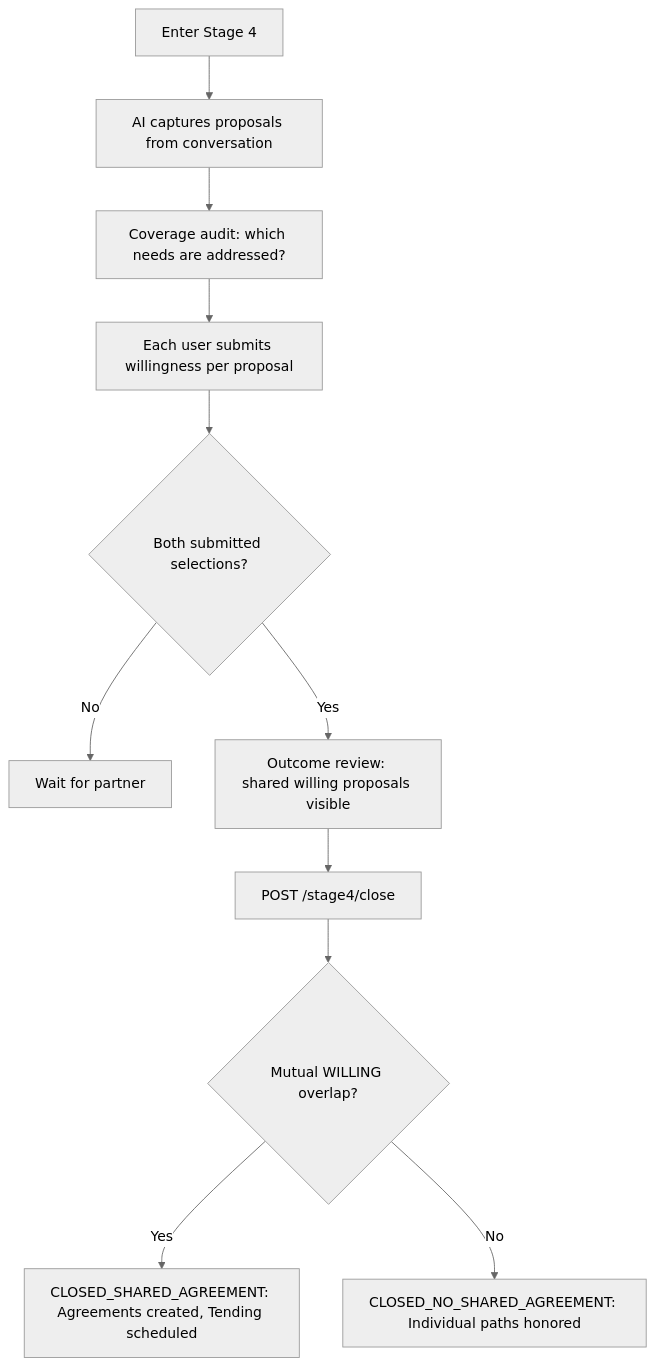
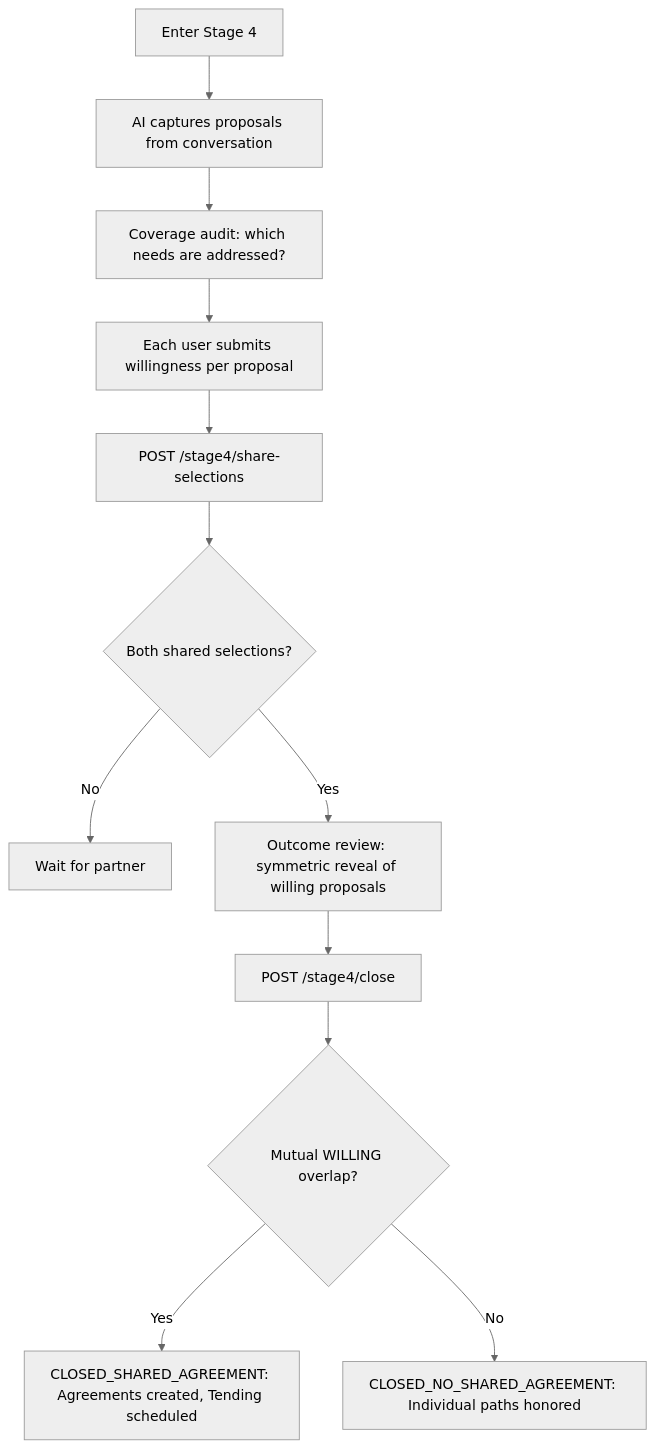
Before and after one commit to shantamg/meet-without-fear: the first of 2 diagrams in docs/backend/api/stage-4.md, drawn with Mermaid (neutral theme). The commit also changed other lines of this file and 4 other files, not shown here.

````diff
--- a/docs/backend/api/stage-4.md
+++ b/docs/backend/api/stage-4.md
@@ -666,13 +834,14 @@
 ```mermaid
 flowchart TD
     Enter[Enter Stage 4] --> Inventory[AI captures proposals from conversation]
     Inventory --> Coverage[Coverage audit: which needs are addressed?]
     Coverage --> Select[Each user submits willingness per proposal]
-    Select --> BothSelected{Both submitted selections?}
-    BothSelected -->|No| Wait[Wait for partner]
-    BothSelected -->|Yes| Review[Outcome review: shared willing proposals visible]
+    Select --> Share[POST /stage4/share-selections]
+    Share --> BothShared{Both shared selections?}
+    BothShared -->|No| Wait[Wait for partner]
+    BothShared -->|Yes| Review[Outcome review: symmetric reveal of willing proposals]
     Review --> Close[POST /stage4/close]
     Close --> SharedAgree{Mutual WILLING overlap?}
     SharedAgree -->|Yes| CLOSED_SHARED[CLOSED_SHARED_AGREEMENT: Agreements created, Tending scheduled]
     SharedAgree -->|No| CLOSED_NO[CLOSED_NO_SHARED_AGREEMENT: Individual paths honored]
 ```
````
